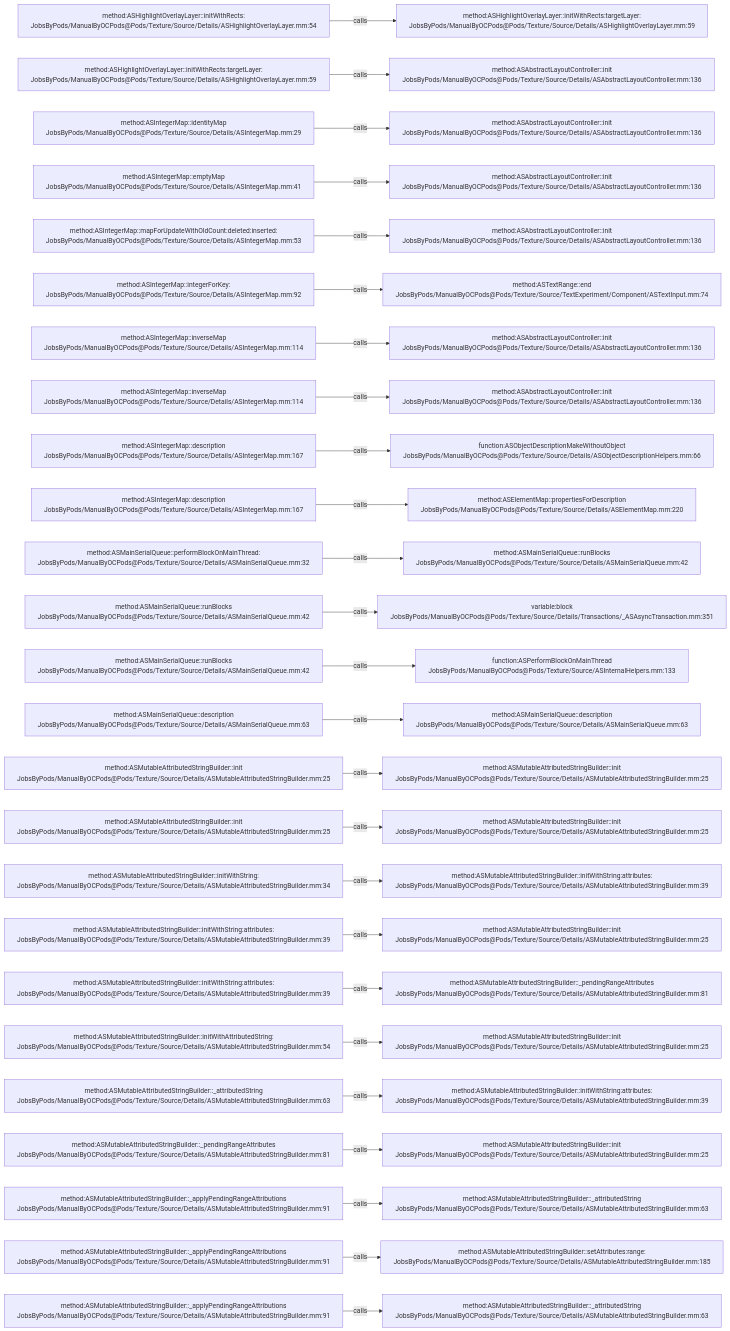
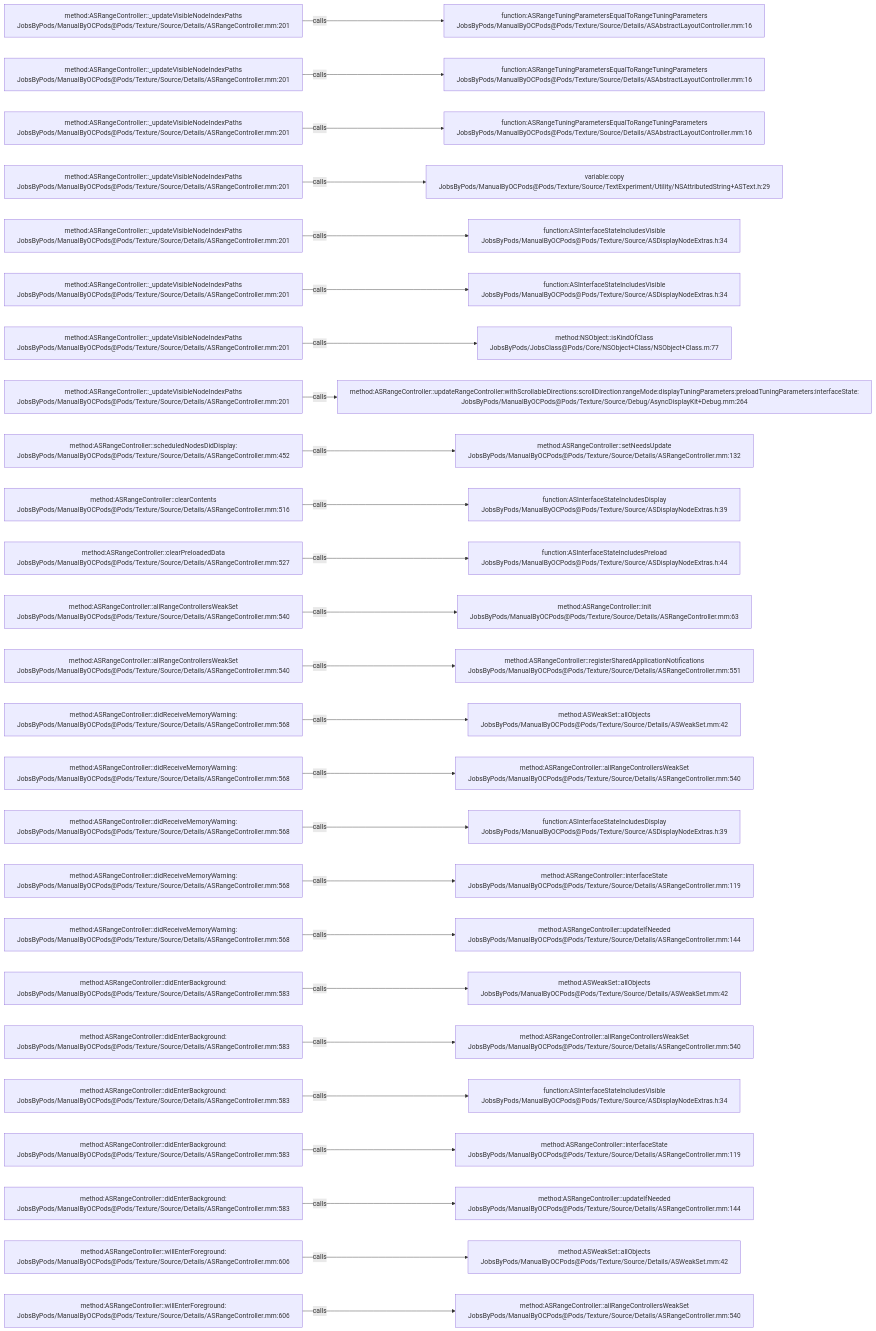
Before and after one commit to JobsKits/JobsOCBaseConfigDemo: the diagram in .codegraph/codegraph.md/graphs/calls-156.md, drawn with Mermaid. The commit also changed 1448 other files, not shown here.

````diff
--- a/.codegraph/codegraph.md/graphs/calls-156.md
+++ b/.codegraph/codegraph.md/graphs/calls-156.md
@@ -13,78 +13,78 @@
 ```mermaid
 flowchart LR
-  S1["method:ASHighlightOverlayLayer::initWithRects:<br/>JobsByPods/ManualByOCPods@Pods/Texture/Source/Details/ASHighlightOverlayLayer.mm:54"]
-  T1["method:ASHighlightOverlayLayer::initWithRects:targetLayer:<br/>JobsByPods/ManualByOCPods@Pods/Texture/Source/Details/ASHighlightOverlayLayer.mm:59"]
+  S1["method:ASRangeController::_updateVisibleNodeIndexPaths<br/>JobsByPods/ManualByOCPods@Pods/Texture/Source/Details/ASRangeController.mm:201"]
+  T1["function:ASRangeTuningParametersEqualToRangeTuningParameters<br/>JobsByPods/ManualByOCPods@Pods/Texture/Source/Details/ASAbstractLayoutController.mm:16"]
   S1 -->|calls| T1
-  S2["method:ASHighlightOverlayLayer::initWithRects:targetLayer:<br/>JobsByPods/ManualByOCPods@Pods/Texture/Source/Details/ASHighlightOverlayLayer.mm:59"]
-  T2["method:ASAbstractLayoutController::init<br/>JobsByPods/ManualByOCPods@Pods/Texture/Source/Details/ASAbstractLayoutController.mm:136"]
+  S2["method:ASRangeController::_updateVisibleNodeIndexPaths<br/>JobsByPods/ManualByOCPods@Pods/Texture/Source/Details/ASRangeController.mm:201"]
+  T2["function:ASRangeTuningParametersEqualToRangeTuningParameters<br/>JobsByPods/ManualByOCPods@Pods/Texture/Source/Details/ASAbstractLayoutController.mm:16"]
   S2 -->|calls| T2
-  S3["method:ASIntegerMap::identityMap<br/>JobsByPods/ManualByOCPods@Pods/Texture/Source/Details/ASIntegerMap.mm:29"]
-  T3["method:ASAbstractLayoutController::init<br/>JobsByPods/ManualByOCPods@Pods/Texture/Source/Details/ASAbstractLayoutController.mm:136"]
+  S3["method:ASRangeController::_updateVisibleNodeIndexPaths<br/>JobsByPods/ManualByOCPods@Pods/Texture/Source/Details/ASRangeController.mm:201"]
+  T3["function:ASRangeTuningParametersEqualToRangeTuningParameters<br/>JobsByPods/ManualByOCPods@Pods/Texture/Source/Details/ASAbstractLayoutController.mm:16"]
   S3 -->|calls| T3
-  S4["method:ASIntegerMap::emptyMap<br/>JobsByPods/ManualByOCPods@Pods/Texture/Source/Details/ASIntegerMap.mm:41"]
-  T4["method:ASAbstractLayoutController::init<br/>JobsByPods/ManualByOCPods@Pods/Texture/Source/Details/ASAbstractLayoutController.mm:136"]
+  S4["method:ASRangeController::_updateVisibleNodeIndexPaths<br/>JobsByPods/ManualByOCPods@Pods/Texture/Source/Details/ASRangeController.mm:201"]
+  T4["variable:copy<br/>JobsByPods/ManualByOCPods@Pods/Texture/Source/TextExperiment/Utility/NSAttributedString+ASText.h:29"]
   S4 -->|calls| T4
-  S5["method:ASIntegerMap::mapForUpdateWithOldCount:deleted:inserted:<br/>JobsByPods/ManualByOCPods@Pods/Texture/Source/Details/ASIntegerMap.mm:53"]
-  T5["method:ASAbstractLayoutController::init<br/>JobsByPods/ManualByOCPods@Pods/Texture/Source/Details/ASAbstractLayoutController.mm:136"]
+  S5["method:ASRangeController::_updateVisibleNodeIndexPaths<br/>JobsByPods/ManualByOCPods@Pods/Texture/Source/Details/ASRangeController.mm:201"]
+  T5["function:ASInterfaceStateIncludesVisible<br/>JobsByPods/ManualByOCPods@Pods/Texture/Source/ASDisplayNodeExtras.h:34"]
   S5 -->|calls| T5
-  S6["method:ASIntegerMap::integerForKey:<br/>JobsByPods/ManualByOCPods@Pods/Texture/Source/Details/ASIntegerMap.mm:92"]
-  T6["method:ASTextRange::end<br/>JobsByPods/ManualByOCPods@Pods/Texture/Source/TextExperiment/Component/ASTextInput.mm:74"]
+  S6["method:ASRangeController::_updateVisibleNodeIndexPaths<br/>JobsByPods/ManualByOCPods@Pods/Texture/Source/Details/ASRangeController.mm:201"]
+  T6["function:ASInterfaceStateIncludesVisible<br/>JobsByPods/ManualByOCPods@Pods/Texture/Source/ASDisplayNodeExtras.h:34"]
   S6 -->|calls| T6
-  S7["method:ASIntegerMap::inverseMap<br/>JobsByPods/ManualByOCPods@Pods/Texture/Source/Details/ASIntegerMap.mm:114"]
-  T7["method:ASAbstractLayoutController::init<br/>JobsByPods/ManualByOCPods@Pods/Texture/Source/Details/ASAbstractLayoutController.mm:136"]
+  S7["method:ASRangeController::_updateVisibleNodeIndexPaths<br/>JobsByPods/ManualByOCPods@Pods/Texture/Source/Details/ASRangeController.mm:201"]
+  T7["method:NSObject::isKindOfClass<br/>JobsByPods/JobsClass@Pods/Core/NSObject+Class/NSObject+Class.m:77"]
   S7 -->|calls| T7
-  S8["method:ASIntegerMap::inverseMap<br/>JobsByPods/ManualByOCPods@Pods/Texture/Source/Details/ASIntegerMap.mm:114"]
-  T8["method:ASAbstractLayoutController::init<br/>JobsByPods/ManualByOCPods@Pods/Texture/Source/Details/ASAbstractLayoutController.mm:136"]
+  S8["method:ASRangeController::_updateVisibleNodeIndexPaths<br/>JobsByPods/ManualByOCPods@Pods/Texture/Source/Details/ASRangeController.mm:201"]
+  T8["method:ASRangeController::updateRangeController:withScrollableDirections:scrollDirection:rangeMode:displayTuningParameters:preloadTuningParameters:interfaceState:<br/>JobsByPods/ManualByOCPods@Pods/Texture/Source/Debug/AsyncDisplayKit+Debug.mm:264"]
   S8 -->|calls| T8
-  S9["method:ASIntegerMap::description<br/>JobsByPods/ManualByOCPods@Pods/Texture/Source/Details/ASIntegerMap.mm:167"]
-  T9["function:ASObjectDescriptionMakeWithoutObject<br/>JobsByPods/ManualByOCPods@Pods/Texture/Source/Details/ASObjectDescriptionHelpers.mm:66"]
+  S9["method:ASRangeController::scheduledNodesDidDisplay:<br/>JobsByPods/ManualByOCPods@Pods/Texture/Source/Details/ASRangeController.mm:452"]
+  T9["method:ASRangeController::setNeedsUpdate<br/>JobsByPods/ManualByOCPods@Pods/Texture/Source/Details/ASRangeController.mm:132"]
   S9 -->|calls| T9
-  S10["method:ASIntegerMap::description<br/>JobsByPods/ManualByOCPods@Pods/Texture/Source/Details/ASIntegerMap.mm:167"]
-  T10["method:ASElementMap::propertiesForDescription<br/>JobsByPods/ManualByOCPods@Pods/Texture/Source/Details/ASElementMap.mm:220"]
+  S10["method:ASRangeController::clearContents<br/>JobsByPods/ManualByOCPods@Pods/Texture/Source/Details/ASRangeController.mm:516"]
+  T10["function:ASInterfaceStateIncludesDisplay<br/>JobsByPods/ManualByOCPods@Pods/Texture/Source/ASDisplayNodeExtras.h:39"]
   S10 -->|calls| T10
-  S11["method:ASMainSerialQueue::performBlockOnMainThread:<br/>JobsByPods/ManualByOCPods@Pods/Texture/Source/Details/ASMainSerialQueue.mm:32"]
-  T11["method:ASMainSerialQueue::runBlocks<br/>JobsByPods/ManualByOCPods@Pods/Texture/Source/Details/ASMainSerialQueue.mm:42"]
+  S11["method:ASRangeController::clearPreloadedData<br/>JobsByPods/ManualByOCPods@Pods/Texture/Source/Details/ASRangeController.mm:527"]
+  T11["function:ASInterfaceStateIncludesPreload<br/>JobsByPods/ManualByOCPods@Pods/Texture/Source/ASDisplayNodeExtras.h:44"]
   S11 -->|calls| T11
-  S12["method:ASMainSerialQueue::runBlocks<br/>JobsByPods/ManualByOCPods@Pods/Texture/Source/Details/ASMainSerialQueue.mm:42"]
-  T12["variable:block<br/>JobsByPods/ManualByOCPods@Pods/Texture/Source/Details/Transactions/_ASAsyncTransaction.mm:351"]
+  S12["method:ASRangeController::allRangeControllersWeakSet<br/>JobsByPods/ManualByOCPods@Pods/Texture/Source/Details/ASRangeController.mm:540"]
+  T12["method:ASRangeController::init<br/>JobsByPods/ManualByOCPods@Pods/Texture/Source/Details/ASRangeController.mm:63"]
   S12 -->|calls| T12
-  S13["method:ASMainSerialQueue::runBlocks<br/>JobsByPods/ManualByOCPods@Pods/Texture/Source/Details/ASMainSerialQueue.mm:42"]
-  T13["function:ASPerformBlockOnMainThread<br/>JobsByPods/ManualByOCPods@Pods/Texture/Source/ASInternalHelpers.mm:133"]
+  S13["method:ASRangeController::allRangeControllersWeakSet<br/>JobsByPods/ManualByOCPods@Pods/Texture/Source/Details/ASRangeController.mm:540"]
+  T13["method:ASRangeController::registerSharedApplicationNotifications<br/>JobsByPods/ManualByOCPods@Pods/Texture/Source/Details/ASRangeController.mm:551"]
   S13 -->|calls| T13
-  S14["method:ASMainSerialQueue::description<br/>JobsByPods/ManualByOCPods@Pods/Texture/Source/Details/ASMainSerialQueue.mm:63"]
-  T14["method:ASMainSerialQueue::description<br/>JobsByPods/ManualByOCPods@Pods/Texture/Source/Details/ASMainSerialQueue.mm:63"]
+  S14["method:ASRangeController::didReceiveMemoryWarning:<br/>JobsByPods/ManualByOCPods@Pods/Texture/Source/Details/ASRangeController.mm:568"]
+  T14["method:ASWeakSet::allObjects<br/>JobsByPods/ManualByOCPods@Pods/Texture/Source/Details/ASWeakSet.mm:42"]
   S14 -->|calls| T14
-  S15["method:ASMutableAttributedStringBuilder::init<br/>JobsByPods/ManualByOCPods@Pods/Texture/Source/Details/ASMutableAttributedStringBuilder.mm:25"]
-  T15["method:ASMutableAttributedStringBuilder::init<br/>JobsByPods/ManualByOCPods@Pods/Texture/Source/Details/ASMutableAttributedStringBuilder.mm:25"]
+  S15["method:ASRangeController::didReceiveMemoryWarning:<br/>JobsByPods/ManualByOCPods@Pods/Texture/Source/Details/ASRangeController.mm:568"]
+  T15["method:ASRangeController::allRangeControllersWeakSet<br/>JobsByPods/ManualByOCPods@Pods/Texture/Source/Details/ASRangeController.mm:540"]
   S15 -->|calls| T15
-  S16["method:ASMutableAttributedStringBuilder::init<br/>JobsByPods/ManualByOCPods@Pods/Texture/Source/Details/ASMutableAttributedStringBuilder.mm:25"]
-  T16["method:ASMutableAttributedStringBuilder::init<br/>JobsByPods/ManualByOCPods@Pods/Texture/Source/Details/ASMutableAttributedStringBuilder.mm:25"]
+  S16["method:ASRangeController::didReceiveMemoryWarning:<br/>JobsByPods/ManualByOCPods@Pods/Texture/Source/Details/ASRangeController.mm:568"]
+  T16["function:ASInterfaceStateIncludesDisplay<br/>JobsByPods/ManualByOCPods@Pods/Texture/Source/ASDisplayNodeExtras.h:39"]
   S16 -->|calls| T16
-  S17["method:ASMutableAttributedStringBuilder::initWithString:<br/>JobsByPods/ManualByOCPods@Pods/Texture/Source/Details/ASMutableAttributedStringBuilder.mm:34"]
-  T17["method:ASMutableAttributedStringBuilder::initWithString:attributes:<br/>JobsByPods/ManualByOCPods@Pods/Texture/Source/Details/ASMutableAttributedStringBuilder.mm:39"]
+  S17["method:ASRangeController::didReceiveMemoryWarning:<br/>JobsByPods/ManualByOCPods@Pods/Texture/Source/Details/ASRangeController.mm:568"]
+  T17["method:ASRangeController::interfaceState<br/>JobsByPods/ManualByOCPods@Pods/Texture/Source/Details/ASRangeController.mm:119"]
   S17 -->|calls| T17
-  S18["method:ASMutableAttributedStringBuilder::initWithString:attributes:<br/>JobsByPods/ManualByOCPods@Pods/Texture/Source/Details/ASMutableAttributedStringBuilder.mm:39"]
-  T18["method:ASMutableAttributedStringBuilder::init<br/>JobsByPods/ManualByOCPods@Pods/Texture/Source/Details/ASMutableAttributedStringBuilder.mm:25"]
+  S18["method:ASRangeController::didReceiveMemoryWarning:<br/>JobsByPods/ManualByOCPods@Pods/Texture/Source/Details/ASRangeController.mm:568"]
+  T18["method:ASRangeController::updateIfNeeded<br/>JobsByPods/ManualByOCPods@Pods/Texture/Source/Details/ASRangeController.mm:144"]
   S18 -->|calls| T18
-  S19["method:ASMutableAttributedStringBuilder::initWithString:attributes:<br/>JobsByPods/ManualByOCPods@Pods/Texture/Source/Details/ASMutableAttributedStringBuilder.mm:39"]
-  T19["method:ASMutableAttributedStringBuilder::_pendingRangeAttributes<br/>JobsByPods/ManualByOCPods@Pods/Texture/Source/Details/ASMutableAttributedStringBuilder.mm:81"]
+  S19["method:ASRangeController::didEnterBackground:<br/>JobsByPods/ManualByOCPods@Pods/Texture/Source/Details/ASRangeController.mm:583"]
+  T19["method:ASWeakSet::allObjects<br/>JobsByPods/ManualByOCPods@Pods/Texture/Source/Details/ASWeakSet.mm:42"]
   S19 -->|calls| T19
-  S20["method:ASMutableAttributedStringBuilder::initWithAttributedString:<br/>JobsByPods/ManualByOCPods@Pods/Texture/Source/Details/ASMutableAttributedStringBuilder.mm:54"]
-  T20["method:ASMutableAttributedStringBuilder::init<br/>JobsByPods/ManualByOCPods@Pods/Texture/Source/Details/ASMutableAttributedStringBuilder.mm:25"]
+  S20["method:ASRangeController::didEnterBackground:<br/>JobsByPods/ManualByOCPods@Pods/Texture/Source/Details/ASRangeController.mm:583"]
+  T20["method:ASRangeController::allRangeControllersWeakSet<br/>JobsByPods/ManualByOCPods@Pods/Texture/Source/Details/ASRangeController.mm:540"]
   S20 -->|calls| T20
-  S21["method:ASMutableAttributedStringBuilder::_attributedString<br/>JobsByPods/ManualByOCPods@Pods/Texture/Source/Details/ASMutableAttributedStringBuilder.mm:63"]
-  T21["method:ASMutableAttributedStringBuilder::initWithString:attributes:<br/>JobsByPods/ManualByOCPods@Pods/Texture/Source/Details/ASMutableAttributedStringBuilder.mm:39"]
+  S21["method:ASRangeController::didEnterBackground:<br/>JobsByPods/ManualByOCPods@Pods/Texture/Source/Details/ASRangeController.mm:583"]
+  T21["function:ASInterfaceStateIncludesVisible<br/>JobsByPods/ManualByOCPods@Pods/Texture/Source/ASDisplayNodeExtras.h:34"]
   S21 -->|calls| T21
-  S22["method:ASMutableAttributedStringBuilder::_pendingRangeAttributes<br/>JobsByPods/ManualByOCPods@Pods/Texture/Source/Details/ASMutableAttributedStringBuilder.mm:81"]
-  T22["method:ASMutableAttributedStringBuilder::init<br/>JobsByPods/ManualByOCPods@Pods/Texture/Source/Details/ASMutableAttributedStringBuilder.mm:25"]
+  S22["method:ASRangeController::didEnterBackground:<br/>JobsByPods/ManualByOCPods@Pods/Texture/Source/Details/ASRangeController.mm:583"]
+  T22["method:ASRangeController::interfaceState<br/>JobsByPods/ManualByOCPods@Pods/Texture/Source/Details/ASRangeController.mm:119"]
   S22 -->|calls| T22
-  S23["method:ASMutableAttributedStringBuilder::_applyPendingRangeAttributions<br/>JobsByPods/ManualByOCPods@Pods/Texture/Source/Details/ASMutableAttributedStringBuilder.mm:91"]
-  T23["method:ASMutableAttributedStringBuilder::_attributedString<br/>JobsByPods/ManualByOCPods@Pods/Texture/Source/Details/ASMutableAttributedStringBuilder.mm:63"]
+  S23["method:ASRangeController::didEnterBackground:<br/>JobsByPods/ManualByOCPods@Pods/Texture/Source/Details/ASRangeController.mm:583"]
+  T23["method:ASRangeController::updateIfNeeded<br/>JobsByPods/ManualByOCPods@Pods/Texture/Source/Details/ASRangeController.mm:144"]
   S23 -->|calls| T23
-  S24["method:ASMutableAttributedStringBuilder::_applyPendingRangeAttributions<br/>JobsByPods/ManualByOCPods@Pods/Texture/Source/Details/ASMutableAttributedStringBuilder.mm:91"]
-  T24["method:ASMutableAttributedStringBuilder::setAttributes:range:<br/>JobsByPods/ManualByOCPods@Pods/Texture/Source/Details/ASMutableAttributedStringBuilder.mm:185"]
+  S24["method:ASRangeController::willEnterForeground:<br/>JobsByPods/ManualByOCPods@Pods/Texture/Source/Details/ASRangeController.mm:606"]
+  T24["method:ASWeakSet::allObjects<br/>JobsByPods/ManualByOCPods@Pods/Texture/Source/Details/ASWeakSet.mm:42"]
   S24 -->|calls| T24
-  S25["method:ASMutableAttributedStringBuilder::_applyPendingRangeAttributions<br/>JobsByPods/ManualByOCPods@Pods/Texture/Source/Details/ASMutableAttributedStringBuilder.mm:91"]
-  T25["method:ASMutableAttributedStringBuilder::_attributedString<br/>JobsByPods/ManualByOCPods@Pods/Texture/Source/Details/ASMutableAttributedStringBuilder.mm:63"]
+  S25["method:ASRangeController::willEnterForeground:<br/>JobsByPods/ManualByOCPods@Pods/Texture/Source/Details/ASRangeController.mm:606"]
+  T25["method:ASRangeController::allRangeControllersWeakSet<br/>JobsByPods/ManualByOCPods@Pods/Texture/Source/Details/ASRangeController.mm:540"]
   S25 -->|calls| T25
 ```
````
